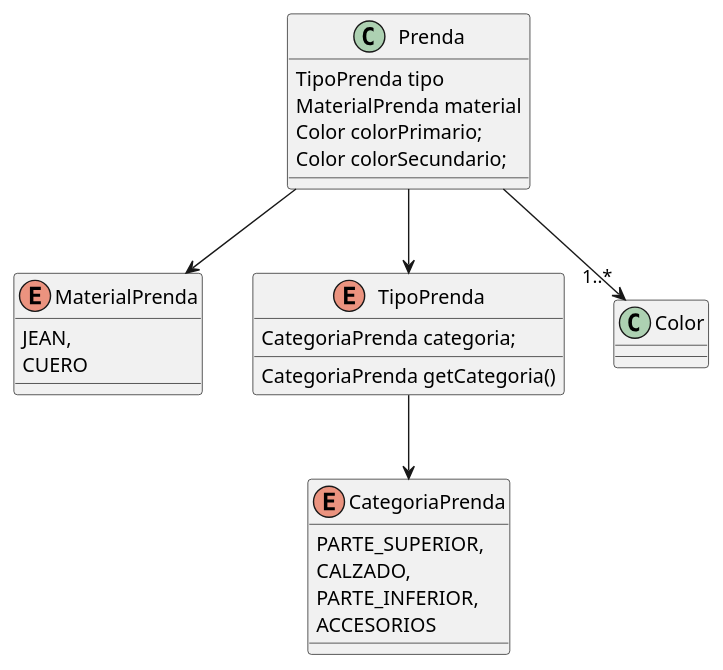
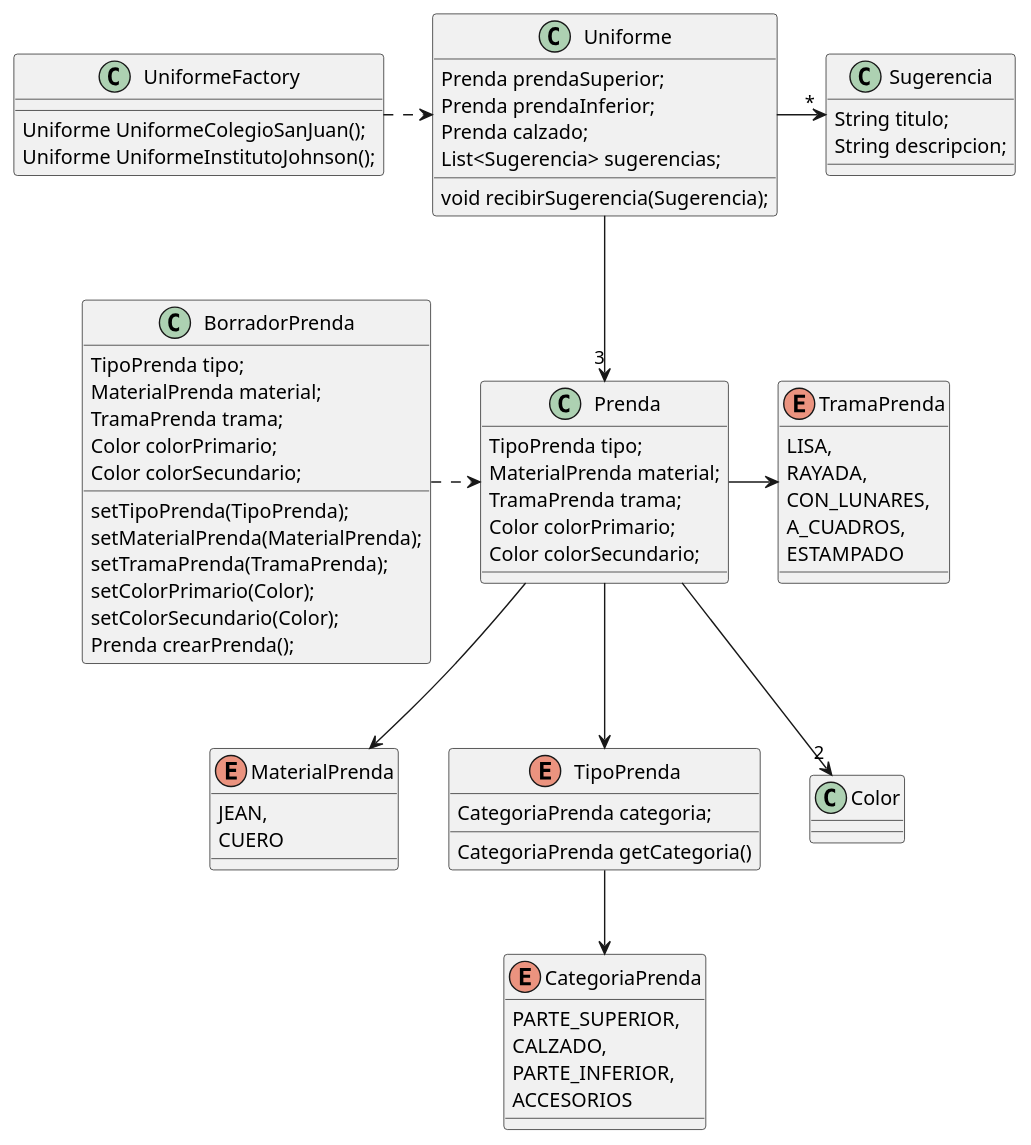
The diagram in classDiagram/diagram.puml (juanfsc/que-me-pongo), drawn with PlantUML before and after one commit. The commit also changed 9 other files, not shown here.

Commit message:
diagrama queMePongo Iteracion II

```diff
--- a/classDiagram/diagram.puml
+++ b/classDiagram/diagram.puml
@@ -1,29 +1,73 @@
 @startuml
 
 enum MaterialPrenda{
 	JEAN,
 	CUERO
 }
 enum CategoriaPrenda{
 	PARTE_SUPERIOR,
 	CALZADO,
 	PARTE_INFERIOR,
 	ACCESORIOS
 }
-class Prenda{
-	TipoPrenda tipo
-	MaterialPrenda material
-	Color colorPrimario;
-	Color colorSecundario;
-}
 enum TipoPrenda{
 	CategoriaPrenda categoria;
 	CategoriaPrenda getCategoria()
 }
+enum TramaPrenda{
+    LISA,
+    RAYADA,
+    CON_LUNARES,
+    A_CUADROS,
+    ESTAMPADO
+}
+class Prenda{
+	TipoPrenda tipo;
+	MaterialPrenda material;
+	TramaPrenda trama;
+	Color colorPrimario;
+	Color colorSecundario;
+}
+class BorradorPrenda{
+    TipoPrenda tipo;
+    MaterialPrenda material;
+    TramaPrenda trama;
+    Color colorPrimario;
+    Color colorSecundario;
+    setTipoPrenda(TipoPrenda);
+    setMaterialPrenda(MaterialPrenda);
+    setTramaPrenda(TramaPrenda);
+    setColorPrimario(Color);
+    setColorSecundario(Color);
+    Prenda crearPrenda();
+}
+class Sugerencia{
+    String titulo;
+    String descripcion;
+}
+
+class Uniforme{
+    Prenda prendaSuperior;
+    Prenda prendaInferior;
+    Prenda calzado;
+    List<Sugerencia> sugerencias;
+    void recibirSugerencia(Sugerencia);
+
+}
+
+class UniformeFactory{
+    Uniforme UniformeColegioSanJuan();
+    Uniforme UniformeInstitutoJohnson();
+}
+
 
 Prenda --> TipoPrenda
 MaterialPrenda <-up- Prenda
-Prenda -down-> "1..*" Color
+Prenda -down-> "2" Color
 TipoPrenda --> CategoriaPrenda
-
+Prenda -> TramaPrenda
+BorradorPrenda .> Prenda
+UniformeFactory .> Uniforme
+Uniforme --> "3" Prenda
+Uniforme -> "*" Sugerencia
 @enduml
```
